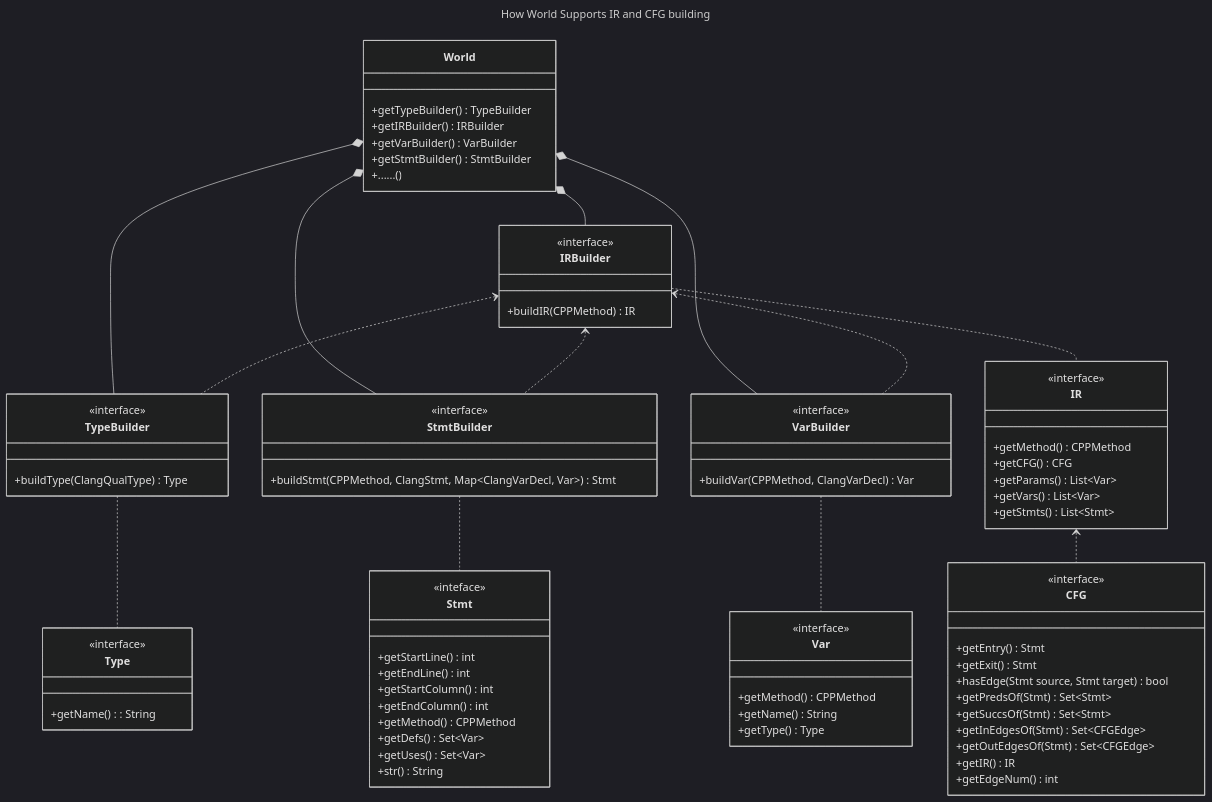
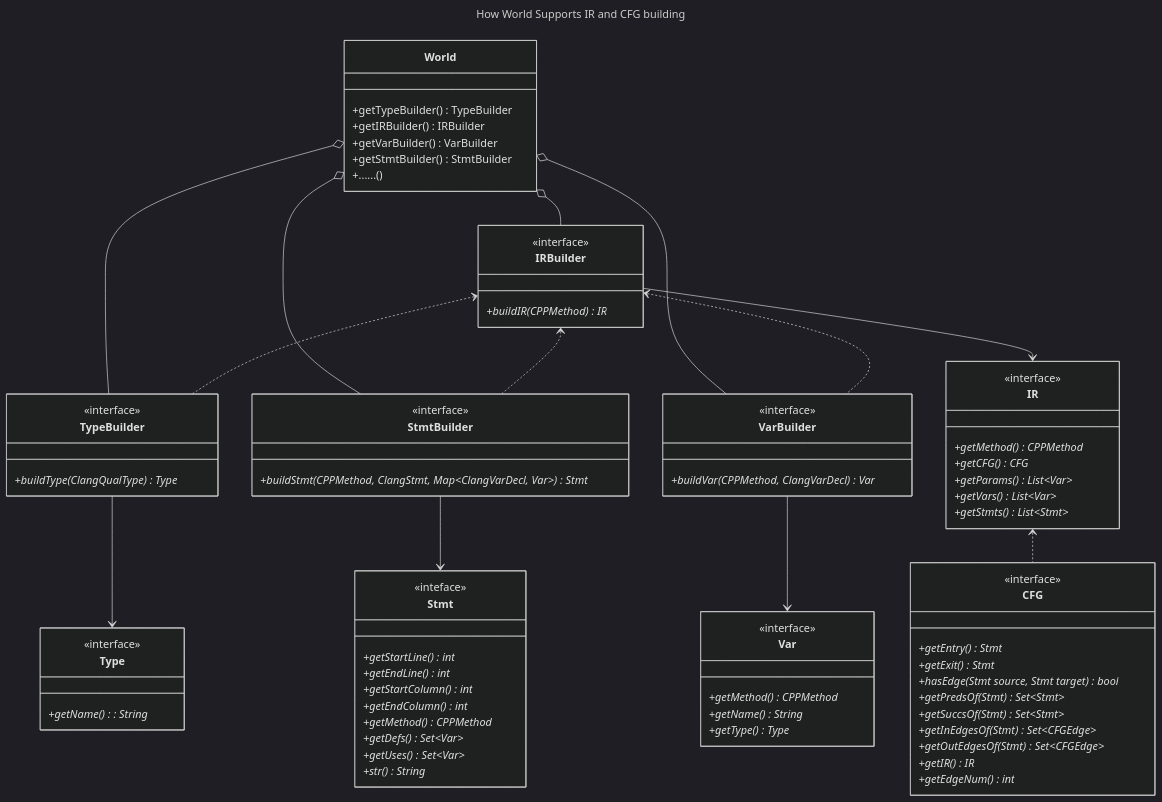
The diagram in docs/ProgramRepresentation.md (JacyCui/cpp-static-analyzer), drawn with Mermaid (dark theme) before and after one commit. The commit also changed 1 other file, not shown here.

Commit message:
docs: more documentation

````diff
--- a/docs/ProgramRepresentation.md
+++ b/docs/ProgramRepresentation.md
@@ -76,82 +76,82 @@
 
 class TypeBuilder {
 	<<interface>>
-	+buildType(ClangQualType) Type
+	+buildType(ClangQualType)* Type
 }
 
 class IRBuilder {
 	<<interface>>
-	+buildIR(CPPMethod) IR
+	+buildIR(CPPMethod)* IR
 }
 
 class StmtBuilder {
 	<<interface>>
-	+buildStmt(CPPMethod, ClangStmt, Map~ClangVarDecl, Var~) Stmt
+	+buildStmt(CPPMethod, ClangStmt, Map~ClangVarDecl, Var~)* Stmt
 }
 
 class VarBuilder {
 	<<interface>>
-	+buildVar(CPPMethod, ClangVarDecl) Var
+	+buildVar(CPPMethod, ClangVarDecl)* Var
 }
 
-World *-- TypeBuilder
-World *-- IRBuilder
-World *-- StmtBuilder
-World *-- VarBuilder
+World o-- TypeBuilder
+World o-- IRBuilder
+World o-- StmtBuilder
+World o-- VarBuilder
 
 class Type {
 	<<interface>>
-	+getName(): String
+	+getName()*: String
 }
 
 class IR {
 	<<interface>>
-	+getMethod() CPPMethod
-	+getCFG() CFG
-	+getParams() List~Var~
-	+getVars() List~Var~
-	+getStmts() List~Stmt~
+	+getMethod()* CPPMethod
+	+getCFG()* CFG
+	+getParams()* List~Var~
+	+getVars()* List~Var~
+	+getStmts()* List~Stmt~
 }
 
 class Stmt {
 	<<inteface>>
-	+getStartLine() int
-	+getEndLine() int
-	+getStartColumn() int
-	+getEndColumn() int
-	+getMethod() CPPMethod
-	+getDefs() Set~Var~
-	+getUses() Set~Var~
-	+str() String
+	+getStartLine()* int
+	+getEndLine()* int
+	+getStartColumn()* int
+	+getEndColumn()* int
+	+getMethod()* CPPMethod
+	+getDefs()* Set~Var~
+	+getUses()* Set~Var~
+	+str()* String
 }
 
 class Var {
 	<<interface>>
-	+getMethod() CPPMethod
-	+getName() String
-	+getType() Type
+	+getMethod()* CPPMethod
+	+getName()* String
+	+getType()* Type
 }
 
 class CFG {
 	<<interface>>
-	+getEntry() Stmt
-	+getExit() Stmt
-	+hasEdge(Stmt source, Stmt target) bool
-	+getPredsOf(Stmt) Set~Stmt~
-	+getSuccsOf(Stmt) Set~Stmt~
-	+getInEdgesOf(Stmt) Set~CFGEdge~
-	+getOutEdgesOf(Stmt) Set~CFGEdge~
-	+getIR() IR
-	+getEdgeNum() int
+	+getEntry()* Stmt
+	+getExit()* Stmt
+	+hasEdge(Stmt source, Stmt target)* bool
+	+getPredsOf(Stmt)* Set~Stmt~
+	+getSuccsOf(Stmt)* Set~Stmt~
+	+getInEdgesOf(Stmt)* Set~CFGEdge~
+	+getOutEdgesOf(Stmt)* Set~CFGEdge~
+	+getIR()* IR
+	+getEdgeNum()* int
 }
 
 IRBuilder <.. StmtBuilder
 IRBuilder <.. VarBuilder
 IRBuilder <.. TypeBuilder
 
-TypeBuilder .. Type
-IRBuilder .. IR
-StmtBuilder .. Stmt
-VarBuilder .. Var
+TypeBuilder --> Type
+IRBuilder --> IR
+StmtBuilder --> Stmt
+VarBuilder --> Var
 IR <.. CFG
 ```
````
